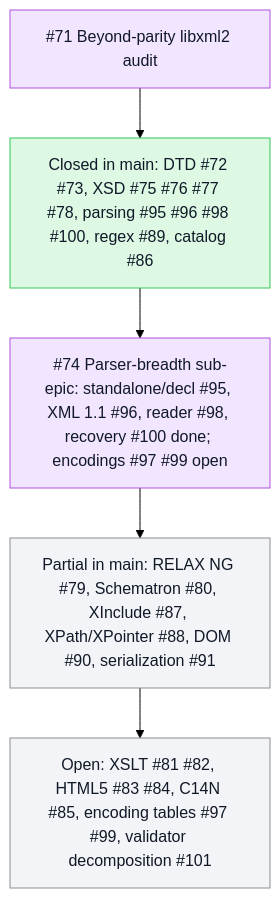
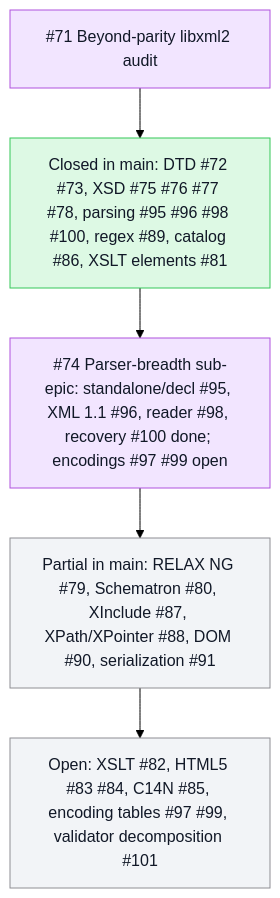
One commit to mihaelamj/PureXML changed the second of 2 diagrams in README.md. Above: the diagram before and after it, drawn with Mermaid (forest theme).

Commit message:
docs: move closed XSLT elements #81 to done in roadmap

````diff
--- a/README.md
+++ b/README.md
@@ -73,16 +73,16 @@
 ```mermaid
 flowchart TB
   classDef done fill:#ddf9e4,stroke:#34c759,color:#111827
   classDef review fill:#fff7d6,stroke:#ffcc00,color:#111827
   classDef epic fill:#f2e5ff,stroke:#af52de,color:#111827
   classDef todo fill:#f2f4f7,stroke:#8e8e93,color:#111827
   Epic71["#71 Beyond-parity libxml2 audit"]:::epic
-  AuditDone["Closed in main: DTD #72 #73, XSD #75 #76 #77 #78, parsing #95 #96 #98 #100, regex #89, catalog #86"]:::done
+  AuditDone["Closed in main: DTD #72 #73, XSD #75 #76 #77 #78, parsing #95 #96 #98 #100, regex #89, catalog #86, XSLT elements #81"]:::done
   Epic74["#74 Parser-breadth sub-epic: standalone/decl #95, XML 1.1 #96, reader #98, recovery #100 done; encodings #97 #99 open"]:::epic
   Partial["Partial in main: RELAX NG #79, Schematron #80, XInclude #87, XPath/XPointer #88, DOM #90, serialization #91"]:::todo
-  Open["Open: XSLT #81 #82, HTML5 #83 #84, C14N #85, encoding tables #97 #99, validator decomposition #101"]:::todo
+  Open["Open: XSLT #82, HTML5 #83 #84, C14N #85, encoding tables #97 #99, validator decomposition #101"]:::todo
   Epic71 --> AuditDone
   AuditDone --> Epic74
   Epic74 --> Partial
   Partial --> Open
 ```
````
